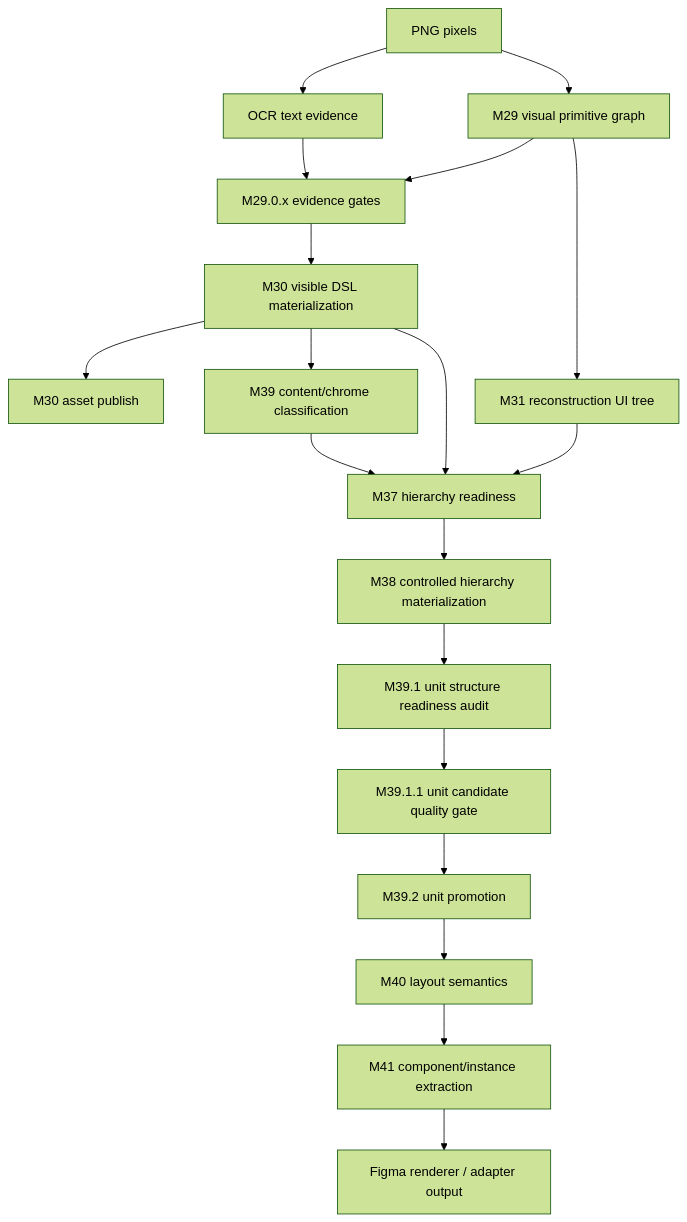
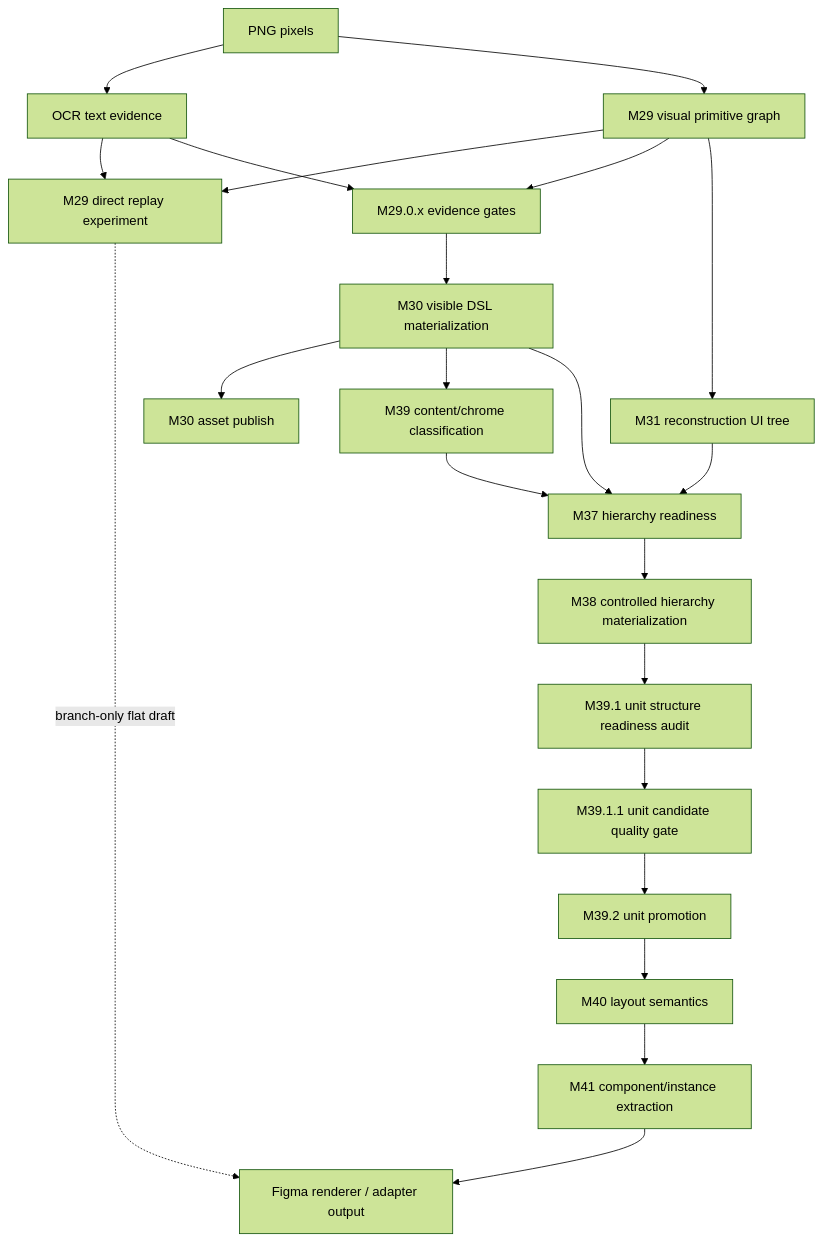
One commit to ysankpia/image-figma changed the diagram in docs/roadmap.md. Above: the diagram before and after it, drawn with Mermaid (forest theme). The commit also changed other lines of this file and 22 other files, not shown here.

Commit message:
feat: render m29 direct replay beside mainline

````diff
--- a/docs/roadmap.md
+++ b/docs/roadmap.md
@@ -46,21 +86,24 @@
 ```mermaid
 flowchart TD
   A["PNG pixels"] --> B["OCR text evidence"]
   A --> C["M29 visual primitive graph"]
+  B --> Q["M29 direct replay experiment"]
+  C --> Q
+  Q -. "branch-only flat draft" .-> P["Figma renderer / adapter output"]
   B --> D["M29.0.x evidence gates"]
   C --> D
   D --> E["M30 visible DSL materialization"]
   E --> F["M30 asset publish"]
   C --> G["M31 reconstruction UI tree"]
   E --> H["M39 content/chrome classification"]
   G --> I["M37 hierarchy readiness"]
   H --> I
   E --> I
   I --> J["M38 controlled hierarchy materialization"]
   J --> K["M39.1 unit structure readiness audit"]
   K --> L["M39.1.1 unit candidate quality gate"]
   L --> M["M39.2 unit promotion"]
   M --> N["M40 layout semantics"]
   N --> O["M41 component/instance extraction"]
   O --> P["Figma renderer / adapter output"]
 ```
````
